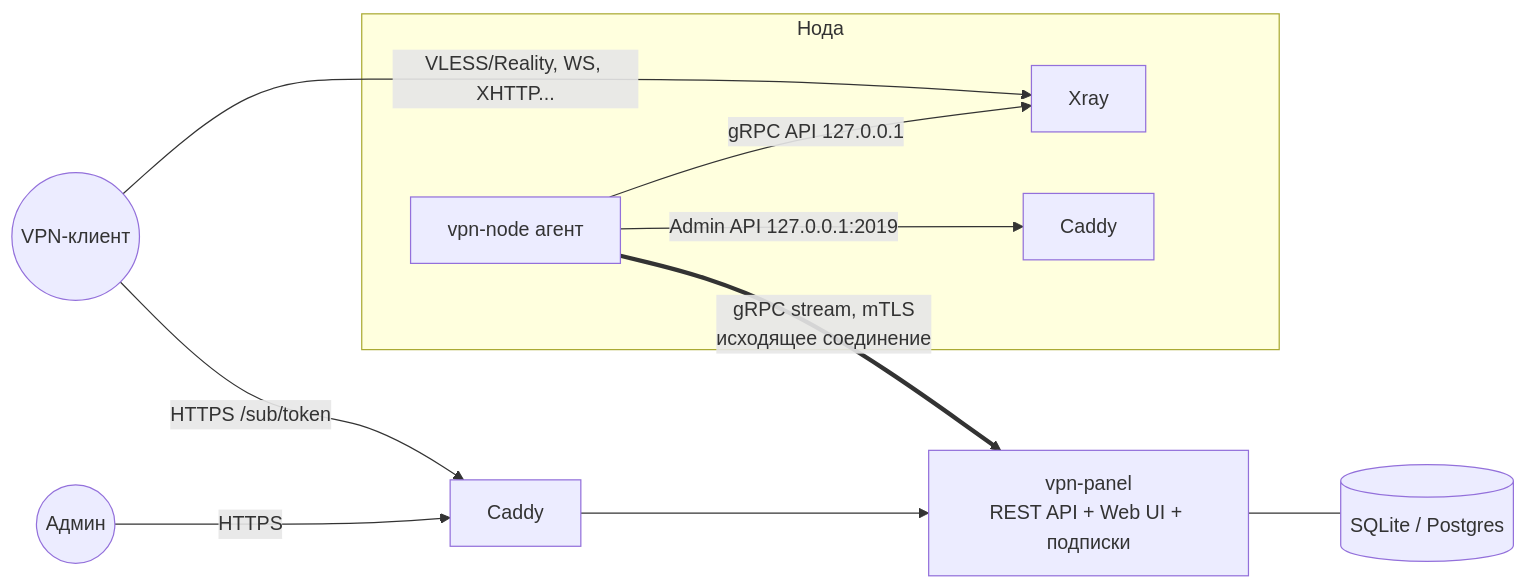
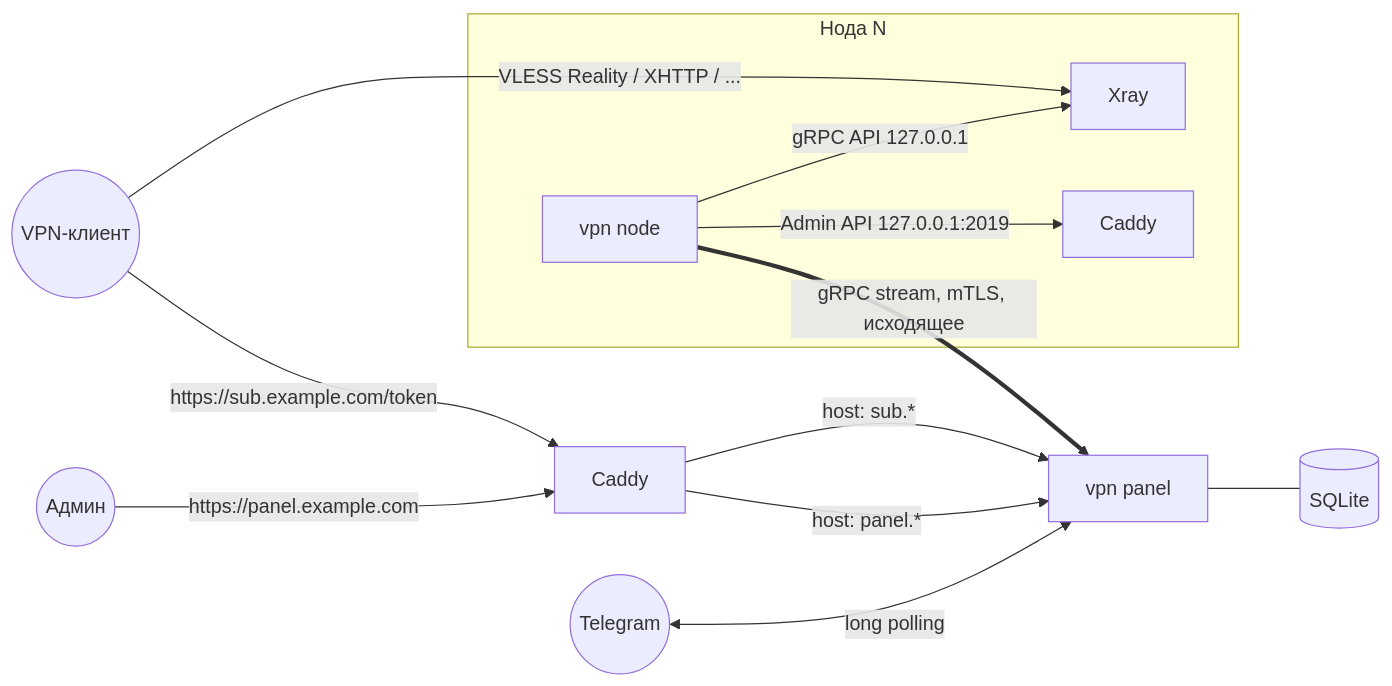
One commit to vyto4ka/vynel changed the diagram in docs/ARCHITECTURE.md. Above: the diagram before and after it, drawn with Mermaid. The commit also changed other lines of this file, not shown here.

First line of the commit message:
docs: architecture rev 2 — server wizard, profiles, templates, HWID, Telegram bot, backups

````diff
--- a/docs/ARCHITECTURE.md
+++ b/docs/ARCHITECTURE.md
@@ -20,15 +52,17 @@
 ```mermaid
 flowchart LR
-    Admin((Админ)) -->|HTTPS| CaddyP[Caddy]
-    Client((VPN-клиент)) -->|HTTPS /sub/token| CaddyP
-    CaddyP --> Panel[vpn-panel<br/>REST API + Web UI + подписки]
-    Panel --- DB[(SQLite / Postgres)]
+    Admin((Админ)) -->|https://panel.example.com| CaddyP[Caddy]
+    Client((VPN-клиент)) -->|https://sub.example.com/token| CaddyP
+    TG((Telegram)) <-->|long polling| Panel
+    CaddyP -->|host: panel.*| Panel[vpn panel]
+    CaddyP -->|host: sub.*| Panel
+    Panel --- DB[(SQLite)]
 
-    subgraph Node1[Нода]
-        Agent1[vpn-node агент] -->|gRPC API 127.0.0.1| Xray1[Xray]
-        Agent1 -->|Admin API 127.0.0.1:2019| Caddy1[Caddy]
+    subgraph NodeN[Нода N]
+        Agent[vpn node] -->|gRPC API 127.0.0.1| Xray
+        Agent -->|Admin API 127.0.0.1:2019| CaddyN[Caddy]
     end
 
-    Agent1 ==>|gRPC stream, mTLS<br/>исходящее соединение| Panel
-    Client -->|VLESS/Reality, WS, XHTTP...| Xray1
+    Agent ==>|gRPC stream, mTLS, исходящее| Panel
+    Client -->|VLESS Reality / XHTTP / ...| Xray
 ```
````
